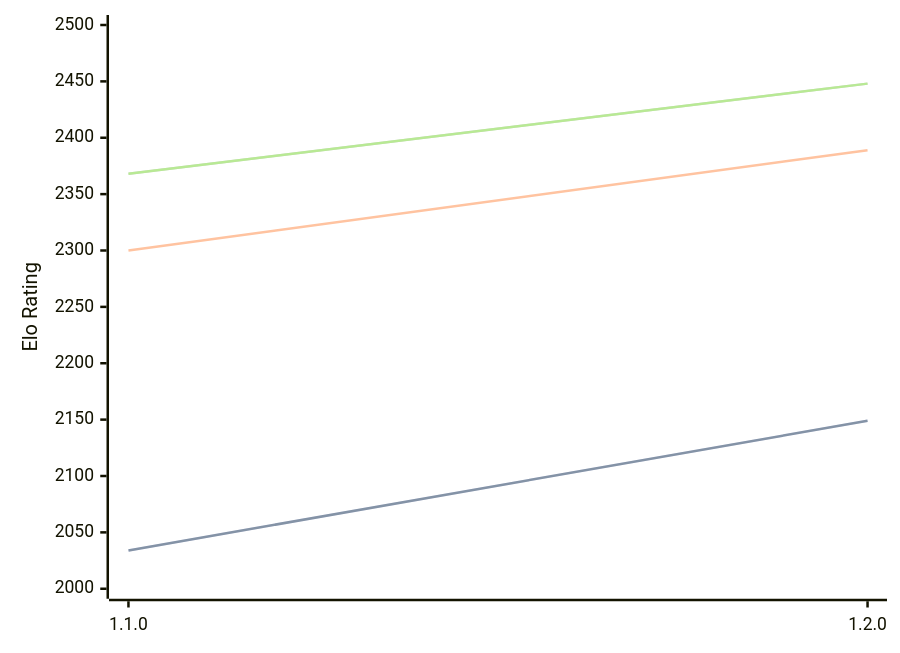
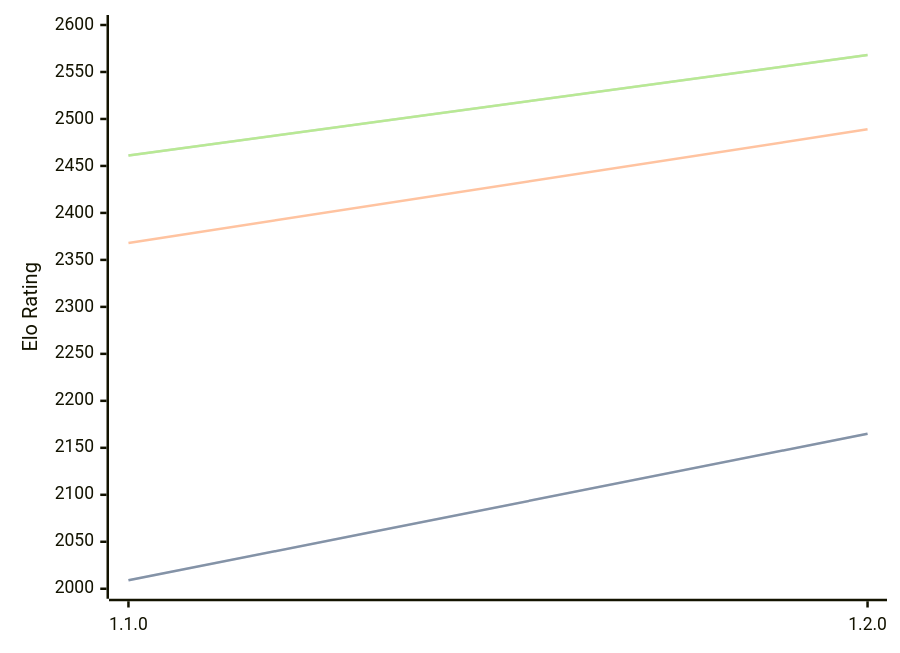
Before and after one commit to computer-chess-index/cci: the diagram in engines/Gyatso.md, drawn with Mermaid. The commit also changed other lines of this file, not shown here.

Commit message:
Update CCI Ratings (ELO VLTC) - 2026-02-24

````diff
--- a/engines/Gyatso.md
+++ b/engines/Gyatso.md
@@ -30,11 +31,11 @@
 ```mermaid
 %%{init: {"theme":"base","themeVariables":{"seriesColors:['#a3a3a3','#222221','#faa371']}}}%%
 xychart-beta
   x-axis ["1.1.0", "1.2.0"]
-  y-axis "Elo Rating" 2000 --> 2500
-  line "STC (8.0+0.08s)" [2034, 2149]
-  line "STC (8.0+0.08s)" [2034, 2149]
-  line "LTC (60.0+0.60s)" [2300, 2389]
-  line "VLTC (2m24s+1.12s)" [2368, 2448]
-  line "VLTC (2m24s+1.12s)" [2368, 2448]
+  y-axis "Elo Rating" 2000 --> 2600
+  line "STC (8.0+0.08s)" [2009, 2165]
+  line "STC (8.0+0.08s)" [2009, 2165]
+  line "LTC (60.0+0.60s)" [2368, 2489]
+  line "VLTC (2m24s+1.12s)" [2461, 2568]
+  line "VLTC (2m24s+1.12s)" [2461, 2568]
 ```
````
